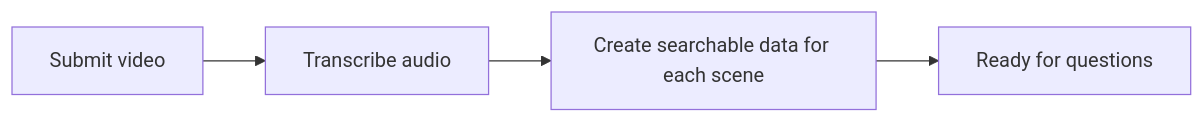
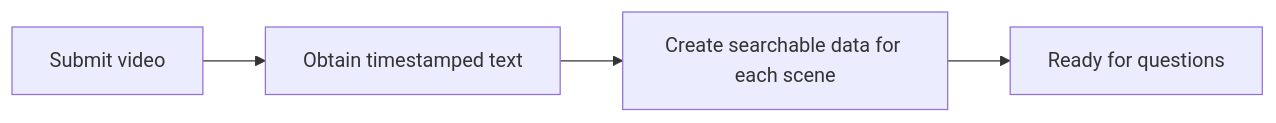
The diagram in docs/getting-started/first-walkthrough.md (yukiharada1228/videoq), drawn with Mermaid before and after one commit. The commit also changed other lines of this file and 24 other files, not shown here.

````diff
--- a/docs/getting-started/first-walkthrough.md
+++ b/docs/getting-started/first-walkthrough.md
@@ -22,6 +24,6 @@
 ```mermaid
 flowchart LR
-    A[Submit video] --> B[Transcribe audio]
+    A[Submit video] --> B[Obtain timestamped text]
     B --> C[Create searchable data for each scene]
     C --> D[Ready for questions]
 ```
````
